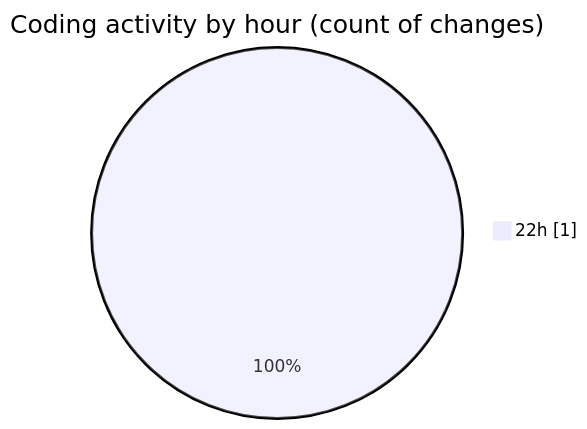
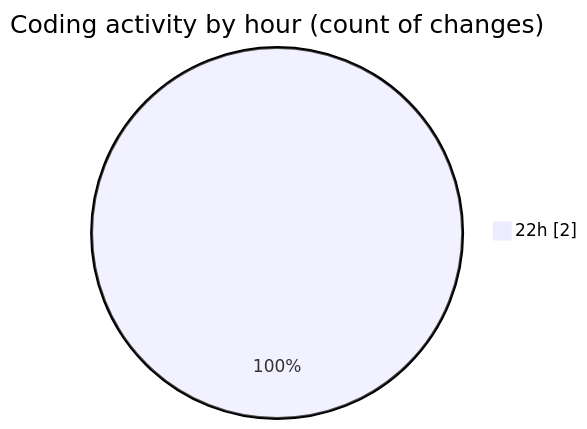
Before and after one commit to robertbonfada/code-tracking: the second of 2 diagrams in 2025-03-03/termoa-central/README.md, drawn with Mermaid. The commit also changed other lines of this file and 1 other file, not shown here.

````diff
--- a/2025-03-03/termoa-central/README.md
+++ b/2025-03-03/termoa-central/README.md
@@ -28,5 +30,5 @@
 ```mermaid
 pie showData
 title Coding activity by hour (count of changes)
-"22h" : 1
+"22h" : 2
 ```
````
